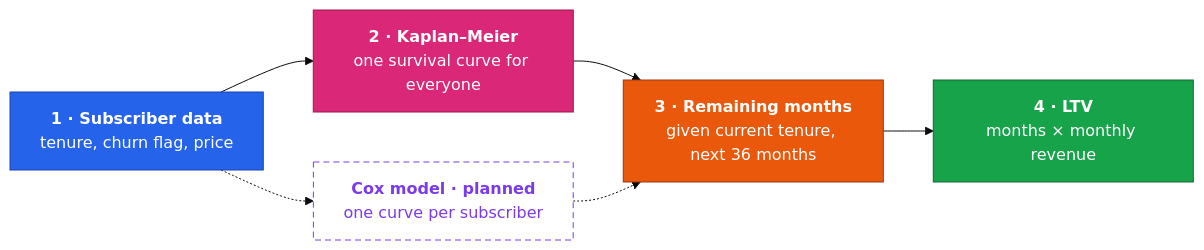
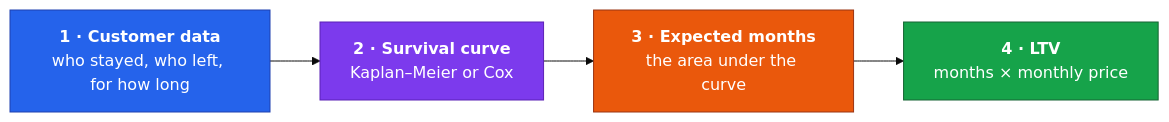
The diagram in README.md (DimaGitHub33/SubscriptionLTV), drawn with Mermaid (base theme) before and after one commit. The commit also changed other lines of this file and 11 other files, not shown here.

First line of the commit message:
Add Cox model page applied to JFrog and simplify README

````diff
--- a/README.md
+++ b/README.md
@@ -53,18 +54,14 @@
 ```mermaid
 flowchart LR
-    A["<b>1 · Subscriber data</b><br/>tenure, churn flag, price"]:::data
-    B["<b>2 · Kaplan–Meier</b><br/>one survival curve for everyone"]:::baseline
-    C["<b>Cox model · planned</b><br/>one curve per subscriber"]:::planned
-    D["<b>3 · Remaining months</b><br/>given current tenure, next 36 months"]:::months
-    E["<b>4 · LTV</b><br/>months × monthly revenue"]:::value
+    A["<b>1 · Customer data</b><br/>who stayed, who left, for how long"]:::data
+    B["<b>2 · Survival curve</b><br/>Kaplan–Meier or Cox"]:::model
+    C["<b>3 · Expected months</b><br/>the area under the curve"]:::months
+    D["<b>4 · LTV</b><br/>months × monthly price"]:::value
 
-    A --> B --> D
-    A -.-> C -.-> D
-    D --> E
+    A --> B --> C --> D
 
     classDef data fill:#2563EB,stroke:#1E40AF,color:#FFFFFF
-    classDef baseline fill:#DB2777,stroke:#9D174D,color:#FFFFFF
-    classDef planned fill:#FFFFFF,stroke:#7C3AED,color:#7C3AED,stroke-dasharray: 6 4
+    classDef model fill:#7C3AED,stroke:#5B21B6,color:#FFFFFF
     classDef months fill:#EA580C,stroke:#9A3412,color:#FFFFFF
     classDef value fill:#16A34A,stroke:#166534,color:#FFFFFF
 ```
````
